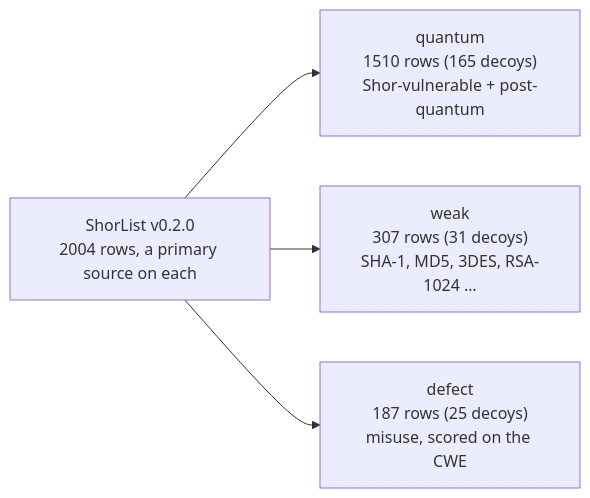
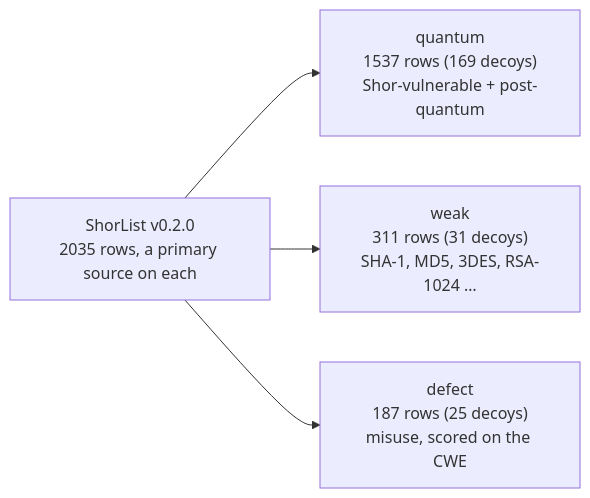
Before and after one commit to Johnbjoseph-cybersec/shorlist: the diagram in README.md, drawn with Mermaid. The commit also changed other lines of this file and 29 other files, not shown here.

````diff
--- a/README.md
+++ b/README.md
@@ -30,6 +30,6 @@
 ```mermaid
 flowchart LR
-    C["ShorList v0.2.0<br/>2004 rows, a primary source on each"] --> Q["quantum<br/>1510 rows (165 decoys)<br/>Shor-vulnerable + post-quantum"]
-    C --> W["weak<br/>307 rows (31 decoys)<br/>SHA-1, MD5, 3DES, RSA-1024 …"]
+    C["ShorList v0.2.0<br/>2035 rows, a primary source on each"] --> Q["quantum<br/>1537 rows (169 decoys)<br/>Shor-vulnerable + post-quantum"]
+    C --> W["weak<br/>311 rows (31 decoys)<br/>SHA-1, MD5, 3DES, RSA-1024 …"]
     C --> D["defect<br/>187 rows (25 decoys)<br/>misuse, scored on the CWE"]
 ```
````
